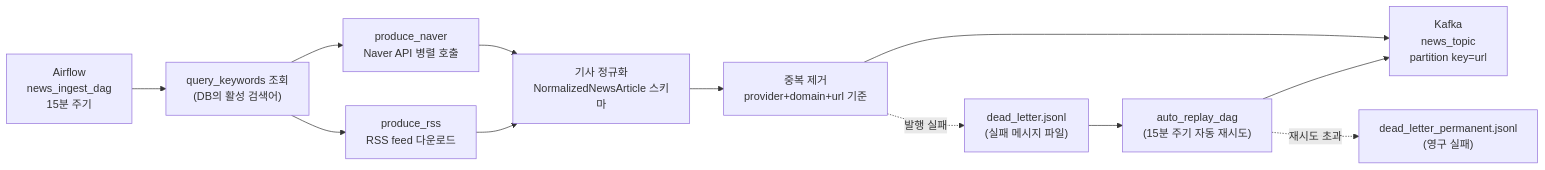
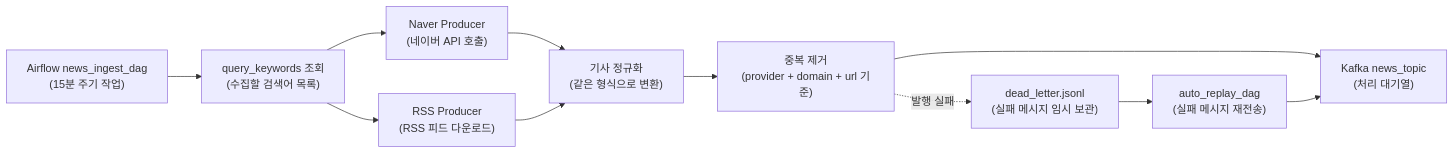
One commit to yeongmin-yu/news-trend-pipeline-dev changed the second of 5 diagrams in README.md. Above: the diagram before and after it, drawn with Mermaid. The commit also changed other lines of this file and 25 other files, not shown here.

````diff
--- a/README.md
+++ b/README.md
@@ -120,14 +109,13 @@
 ```mermaid
 flowchart LR
-    A["Airflow<br/>news_ingest_dag<br/>15분 주기"] --> B["query_keywords 조회<br/>(DB의 활성 검색어)"]
-    B --> C1["produce_naver<br/>Naver API 병렬 호출"]
-    B --> C2["produce_rss<br/>RSS feed 다운로드"]
-    C1 --> D["기사 정규화<br/>NormalizedNewsArticle 스키마"]
+    A["Airflow news_ingest_dag<br/>(15분 주기 작업)"] --> B["query_keywords 조회<br/>(수집할 검색어 목록)"]
+    B --> C1["Naver Producer<br/>(네이버 API 호출)"]
+    B --> C2["RSS Producer<br/>(RSS 피드 다운로드)"]
+    C1 --> D["기사 정규화<br/>(같은 형식으로 변환)"]
     C2 --> D
-    D --> E["중복 제거<br/>provider+domain+url 기준"]
-    E --> F["Kafka<br/>news_topic<br/>partition key=url"]
-    E -. 발행 실패 .-> G["dead_letter.jsonl<br/>(실패 메시지 파일)"]
-    G --> H["auto_replay_dag<br/>(15분 주기 자동 재시도)"]
+    D --> E["중복 제거<br/>(provider + domain + url 기준)"]
+    E --> F["Kafka news_topic<br/>(처리 대기열)"]
+    E -. "발행 실패" .-> G["dead_letter.jsonl<br/>(실패 메시지 임시 보관)"]
+    G --> H["auto_replay_dag<br/>(실패 메시지 재전송)"]
     H --> F
-    H -. 재시도 초과 .-> I["dead_letter_permanent.jsonl<br/>(영구 실패)"]
 ```
````
